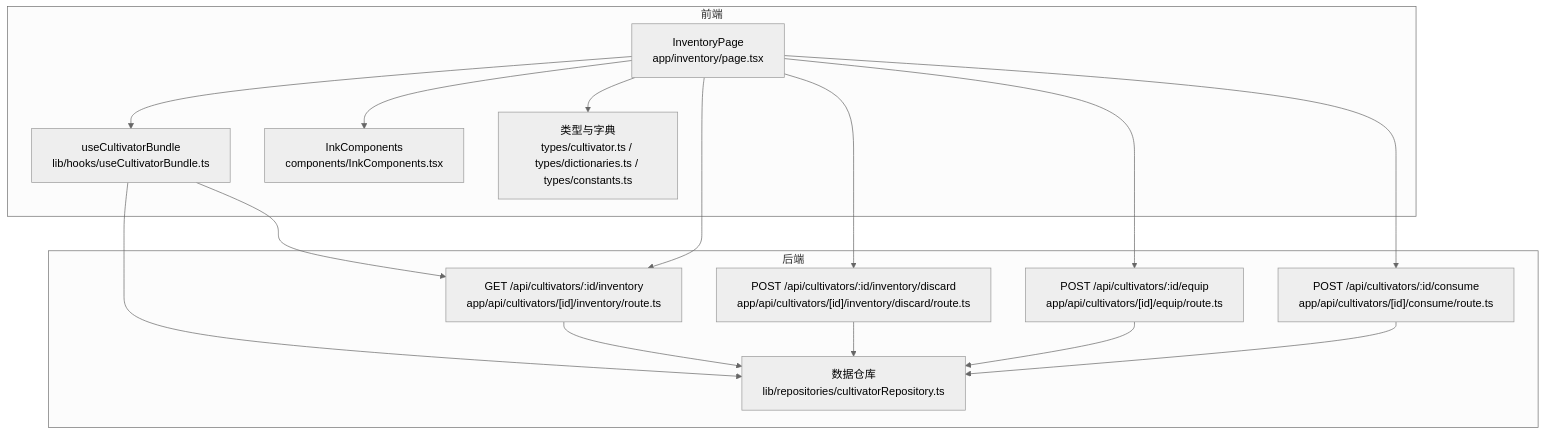
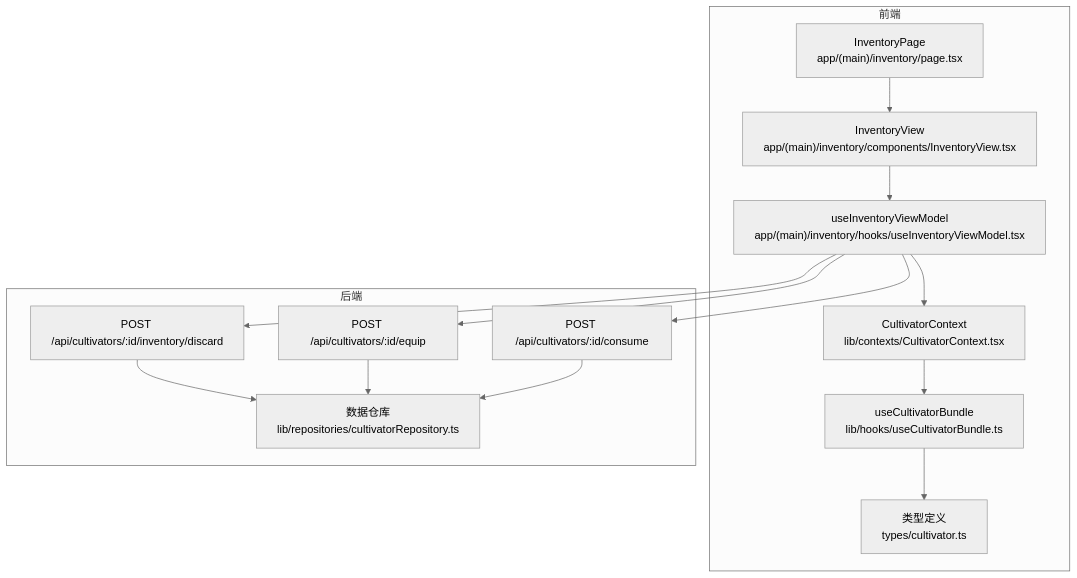
Before and after one commit to ChurchTao/Daoyou: the first of 4 diagrams in .qoder/repowiki/zh/content/核心功能模块/角色系统/装备系统/背包管理.md, drawn with Mermaid (neutral theme). The commit also changed other lines of this file and 14 other files, not shown here.

````diff
--- a/.qoder/repowiki/zh/content/核心功能模块/角色系统/装备系统/背包管理.md
+++ b/.qoder/repowiki/zh/content/核心功能模块/角色系统/装备系统/背包管理.md
@@ -39,29 +46,28 @@
 ```mermaid
 graph TB
 subgraph "前端"
-P["InventoryPage<br/>app/inventory/page.tsx"]
+P["InventoryPage<br/>app/(main)/inventory/page.tsx"]
+V["InventoryView<br/>app/(main)/inventory/components/InventoryView.tsx"]
+VM["useInventoryViewModel<br/>app/(main)/inventory/hooks/useInventoryViewModel.tsx"]
+CTX["CultivatorContext<br/>lib/contexts/CultivatorContext.tsx"]
 H["useCultivatorBundle<br/>lib/hooks/useCultivatorBundle.ts"]
-UI["InkComponents<br/>components/InkComponents.tsx"]
-T["类型与字典<br/>types/cultivator.ts / types/dictionaries.ts / types/constants.ts"]
+T["类型定义<br/>types/cultivator.ts"]
 end
 subgraph "后端"
-APIInv["GET /api/cultivators/:id/inventory<br/>app/api/cultivators/[id]/inventory/route.ts"]
-APIDisc["POST /api/cultivators/:id/inventory/discard<br/>app/api/cultivators/[id]/inventory/discard/route.ts"]
-APIEquip["POST /api/cultivators/:id/equip<br/>app/api/cultivators/[id]/equip/route.ts"]
-APICsm["POST /api/cultivators/:id/consume<br/>app/api/cultivators/[id]/consume/route.ts"]
+APIDisc["POST /api/cultivators/:id/inventory/discard"]
+APIEquip["POST /api/cultivators/:id/equip"]
+APICsm["POST /api/cultivators/:id/consume"]
 Repo["数据仓库<br/>lib/repositories/cultivatorRepository.ts"]
 end
-P --> H
-P --> UI
-P --> T
-H --> APIInv
-H --> Repo
-P --> APIInv
-P --> APIDisc
-P --> APIEquip
-P --> APICsm
-APIInv --> Repo
+P --> V
+V --> VM
+VM --> CTX
+CTX --> H
+H --> T
+VM --> APIDisc
+VM --> APIEquip
+VM --> APICsm
 APIDisc --> Repo
 APIEquip --> Repo
 APICsm --> Repo
 ```
````
